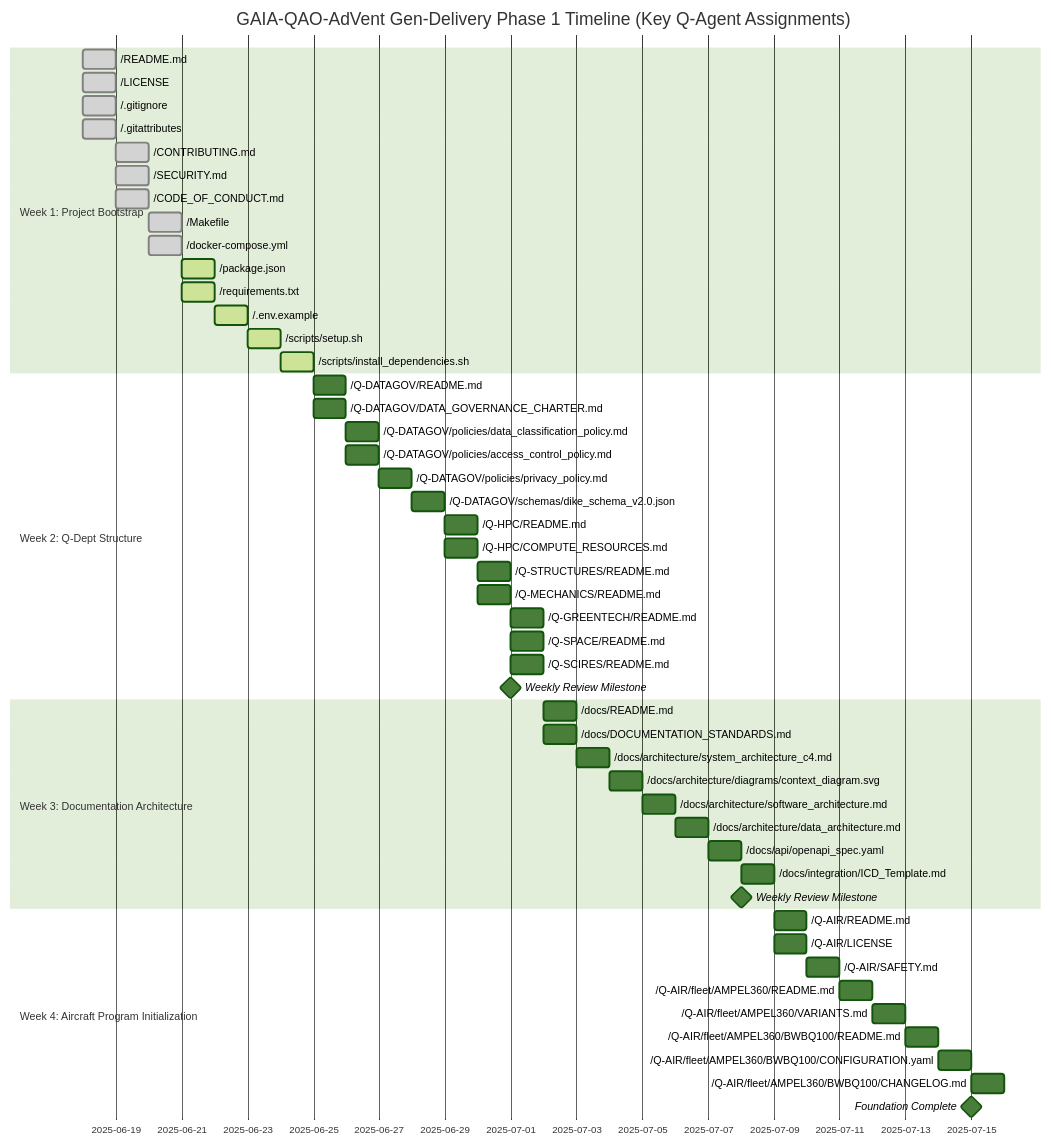
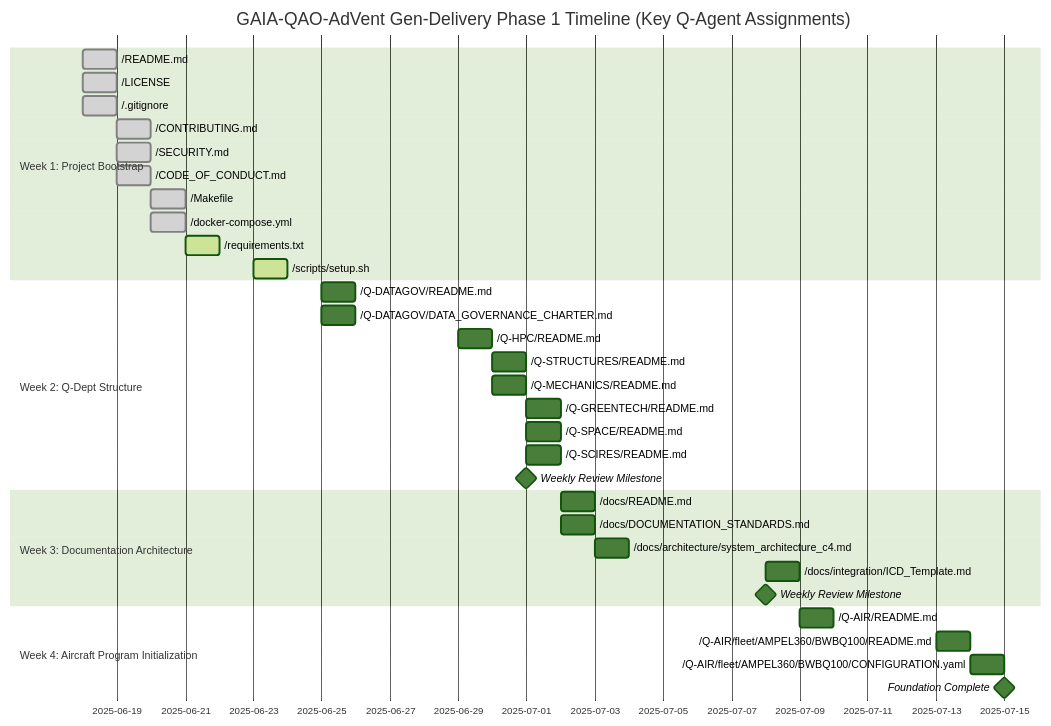
The second of 2 diagrams in README.md (Robbbo-T/GAIA-QAO-ADVENT), drawn with Mermaid (forest theme) before and after one commit. The commit also changed other lines of this file, not shown here.

````diff
--- a/README.md
+++ b/README.md
@@ -1124,58 +186,40 @@
 ```mermaid
 gantt
     title GAIA-QAO-AdVent Gen-Delivery Phase 1 Timeline (Key Q-Agent Assignments)
     dateFormat  YYYY-MM-DD
     section Week 1: Project Bootstrap
     /README.md          :done,     qgov1, 2025-06-18, 1d
     /LICENSE            :done,     qgov2, 2025-06-18, 1d
     /.gitignore         :done,     qhpc1, 2025-06-18, 1d
-    /.gitattributes     :done,     qhpc2, 2025-06-18, 1d
     /CONTRIBUTING.md    :done,     qgov3, 2025-06-19, 1d
     /SECURITY.md        :done,     qgov4, 2025-06-19, 1d
     /CODE_OF_CONDUCT.md :done,     qgov5, 2025-06-19, 1d
     /Makefile           :done,     qhpc3, 2025-06-20, 1d
     /docker-compose.yml :done,     qhpc4, 2025-06-20, 1d
-    /package.json       :active,   qhpc5, 2025-06-21, 1d
     /requirements.txt   :active,   qhpc6, 2025-06-21, 1d
-    /.env.example       :active,   qhpc7, 2025-06-22, 1d
     /scripts/setup.sh   :active,   qhpc8, 2025-06-23, 1d
-    /scripts/install_dependencies.sh :active, qhpc9, 2025-06-24, 1d
 
     section Week 2: Q-Dept Structure
     /Q-DATAGOV/README.md              :qgov6, 2025-06-25, 1d
     /Q-DATAGOV/DATA_GOVERNANCE_CHARTER.md :qgov7, 2025-06-25, 1d
-    /Q-DATAGOV/policies/data_classification_policy.md :qgov8, 2025-06-26, 1d
-    /Q-DATAGOV/policies/access_control_policy.md :qgov9, 2025-06-26, 1d
-    /Q-DATAGOV/policies/privacy_policy.md     :qgov10, 2025-06-27, 1d
-    /Q-DATAGOV/schemas/dike_schema_v2.0.json  :qgov11, 2025-06-28, 1d
     /Q-HPC/README.md                          :qhpc10, 2025-06-29, 1d
-    /Q-HPC/COMPUTE_RESOURCES.md               :qhpc11, 2025-06-29, 1d
     /Q-STRUCTURES/README.md                   :qstr1, 2025-06-30, 1d
     /Q-MECHANICS/README.md                    :qmec1, 2025-06-30, 1d
     /Q-GREENTECH/README.md                    :qgrn1, 2025-07-01, 1d
     /Q-SPACE/README.md                        :qspc1, 2025-07-01, 1d
     /Q-SCIRES/README.md                       :qsci1, 2025-07-01, 1d
     Weekly Review Milestone : milestone, m1, 2025-07-01, 0d
 
     section Week 3: Documentation Architecture
     /docs/README.md                          :qgov12, 2025-07-02, 1d
     /docs/DOCUMENTATION_STANDARDS.md         :qgov13, 2025-07-02, 1d
     /docs/architecture/system_architecture_c4.md :qhpc12, 2025-07-03, 1d
-    /docs/architecture/diagrams/context_diagram.svg :qhpc13, 2025-07-04, 1d
-    /docs/architecture/software_architecture.md :qhpc14, 2025-07-05, 1d
-    /docs/architecture/data_architecture.md :qhpc15, 2025-07-06, 1d
-    /docs/api/openapi_spec.yaml              :qhpc16, 2025-07-07, 1d
     /docs/integration/ICD_Template.md        :qgov14, 2025-07-08, 1d
     Weekly Review Milestone : milestone, m2, 2025-07-08, 0d
 
     section Week 4: Aircraft Program Initialization
     /Q-AIR/README.md                         :qgov15, 2025-07-09, 1d
-    /Q-AIR/LICENSE                           :qgov16, 2025-07-09, 1d
-    /Q-AIR/SAFETY.md                         :qgov17, 2025-07-10, 1d
-    /Q-AIR/fleet/AMPEL360/README.md          :qgov18, 2025-07-11, 1d
-    /Q-AIR/fleet/AMPEL360/VARIANTS.md        :qgov19, 2025-07-12, 1d
     /Q-AIR/fleet/AMPEL360/BWBQ100/README.md  :qgov20, 2025-07-13, 1d
     /Q-AIR/fleet/AMPEL360/BWBQ100/CONFIGURATION.yaml :qstr2, 2025-07-14, 1d
-    /Q-AIR/fleet/AMPEL360/BWBQ100/CHANGELOG.md      :qgov21, 2025-07-15, 1d
     Foundation Complete : milestone, fcmil, 2025-07-15, 0d
 ```
````
